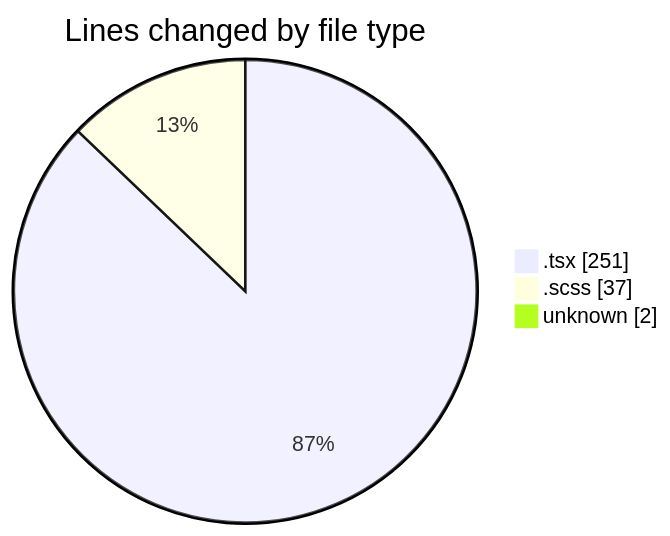
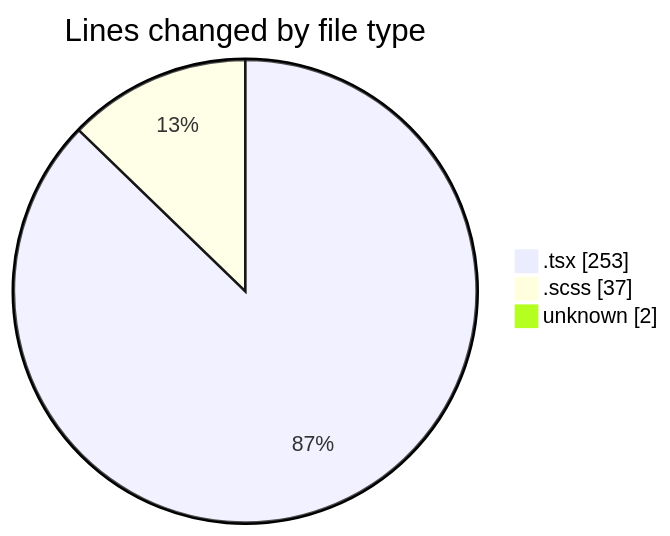
Before and after one commit to momahboobian/code-tracking: the first of 2 diagrams in 2025-02-13/cda/README.md, drawn with Mermaid. The commit also changed other lines of this file and 1 other file, not shown here.

````diff
--- a/2025-02-13/cda/README.md
+++ b/2025-02-13/cda/README.md
@@ -27,7 +27,7 @@
 ```mermaid
 pie showData
 title Lines changed by file type
-".tsx" : 251
+".tsx" : 253
 ".scss" : 37
 "unknown" : 2
 ```
````
